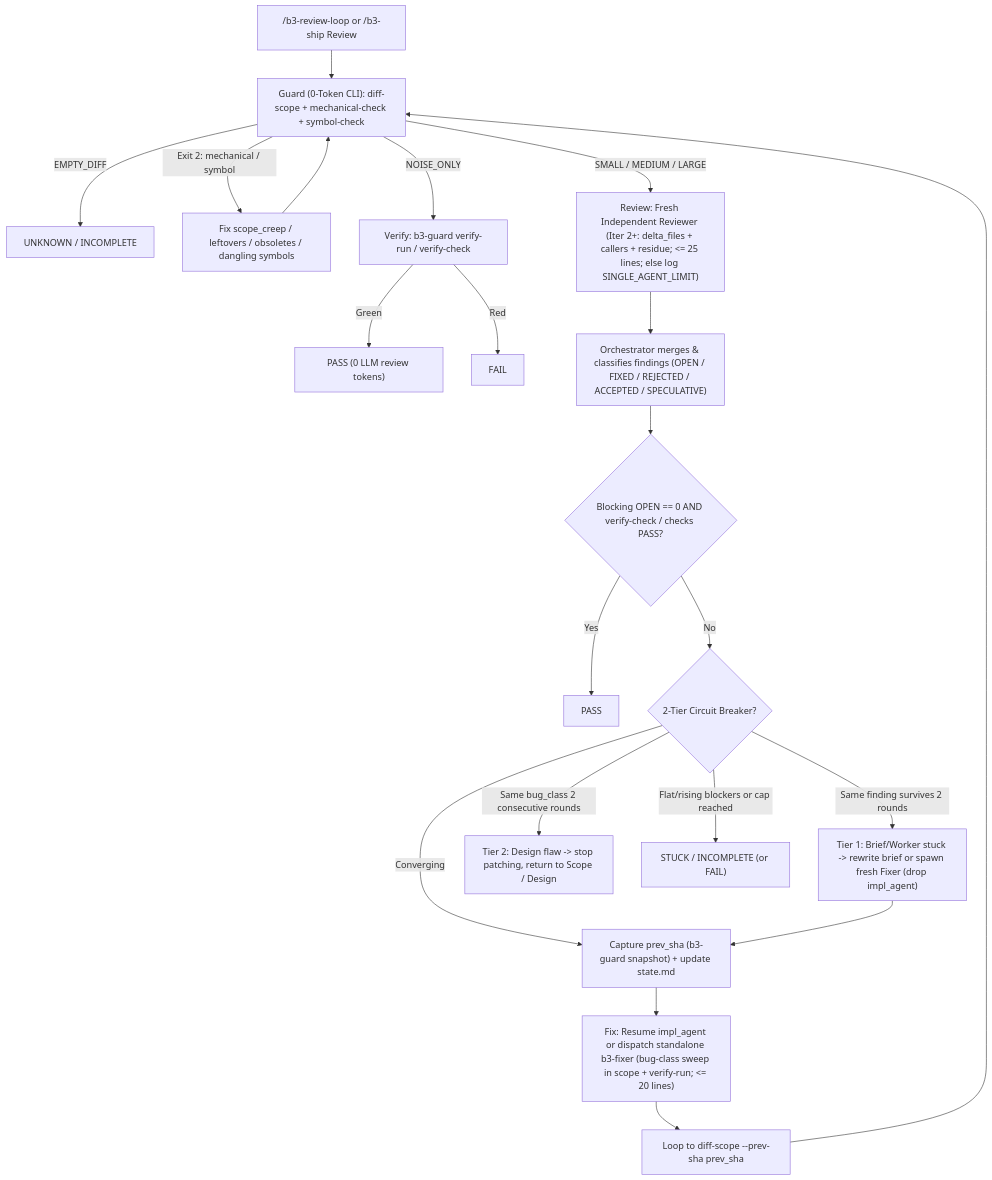
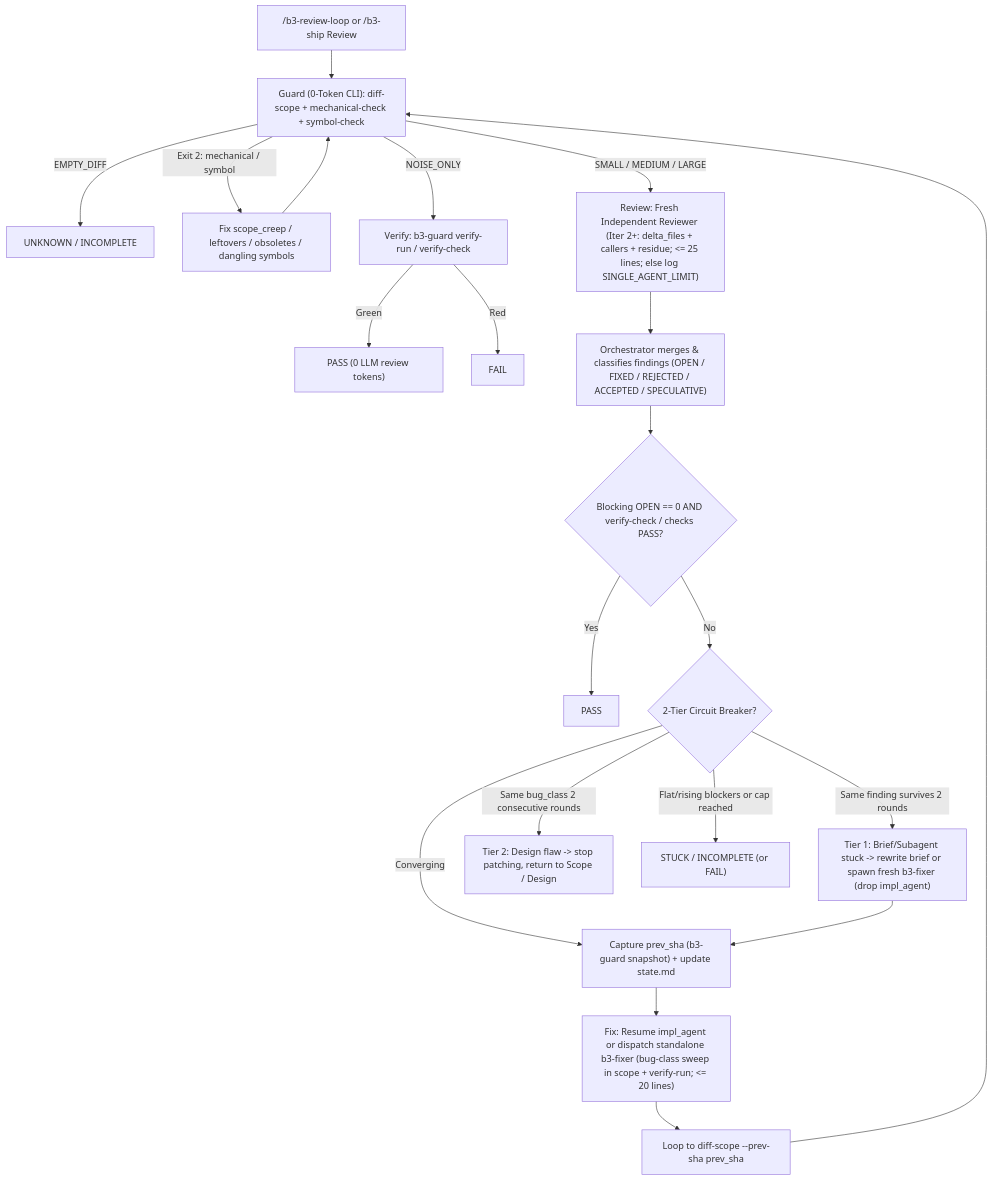
One commit to hptbee/b3_ai-engineering changed the third of 5 diagrams in docs/ship-and-review-guide.md. Above: the diagram before and after it, drawn with Mermaid. The commit also changed other lines of this file and 9 other files, not shown here.

Commit message:
Enforce deterministic b3-* spawn naming and remove worker terminology for subagents

````diff
--- a/docs/ship-and-review-guide.md
+++ b/docs/ship-and-review-guide.md
@@ -115,26 +115,26 @@
 ```mermaid
 flowchart TD
     Start["/b3-review-loop or /b3-ship Review"] --> Scope["Guard (0-Token CLI): diff-scope + mechanical-check + symbol-check"]
     Scope -->|"EMPTY_DIFF"| Incomplete["UNKNOWN / INCOMPLETE"]
     Scope -->|"Exit 2: mechanical / symbol"| FixMech["Fix scope_creep / leftovers / obsoletes / dangling symbols"]
     FixMech --> Scope
     Scope -->|"NOISE_ONLY"| NoiseTest["Verify: b3-guard verify-run / verify-check"]
     NoiseTest -->|"Green"| Pass["PASS (0 LLM review tokens)"]
     NoiseTest -->|"Red"| Fail["FAIL"]
 
     Scope -->|"SMALL / MEDIUM / LARGE"| Rev["Review: Fresh Independent Reviewer (Iter 2+: delta_files + callers + residue; <= 25 lines; else log SINGLE_AGENT_LIMIT)"]
     Rev --> Merge["Orchestrator merges & classifies findings (OPEN / FIXED / REJECTED / ACCEPTED / SPECULATIVE)"]
     Merge --> Gate{"Blocking OPEN == 0 AND verify-check / checks PASS?"}
     Gate -->|"Yes"| Pass2["PASS"]
     Gate -->|"No"| Breaker{"2-Tier Circuit Breaker?"}
 
-    Breaker -->|"Same finding survives 2 rounds"| ResetWorker["Tier 1: Brief/Worker stuck -> rewrite brief or spawn fresh Fixer (drop impl_agent)"]
+    Breaker -->|"Same finding survives 2 rounds"| ResetSubagent["Tier 1: Brief/Subagent stuck -> rewrite brief or spawn fresh b3-fixer (drop impl_agent)"]
     Breaker -->|"Same bug_class 2 consecutive rounds"| Redesign["Tier 2: Design flaw -> stop patching, return to Scope / Design"]
     Breaker -->|"Flat/rising blockers or cap reached"| Stuck["STUCK / INCOMPLETE (or FAIL)"]
     Breaker -->|"Converging"| Snap["Capture prev_sha (b3-guard snapshot) + update state.md"]
 
-    ResetWorker --> Snap
+    ResetSubagent --> Snap
     Snap --> Fix["Fix: Resume impl_agent or dispatch standalone b3-fixer (bug-class sweep in scope + verify-run; <= 20 lines)"]
     Fix --> LoopBack["Loop to diff-scope --prev-sha prev_sha"]
     LoopBack --> Scope
 ```
````
